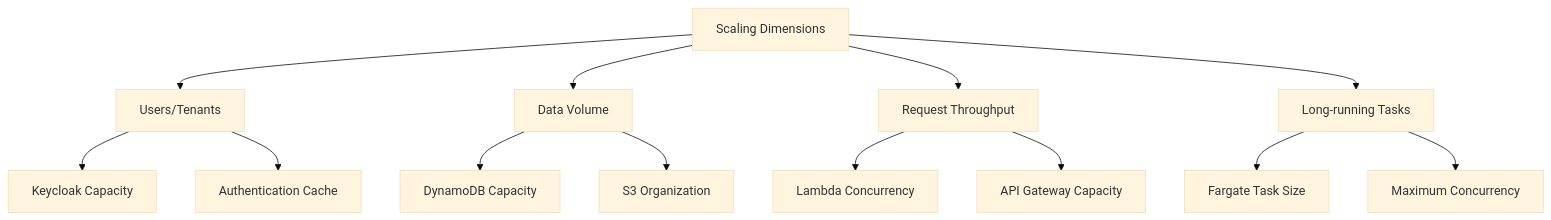
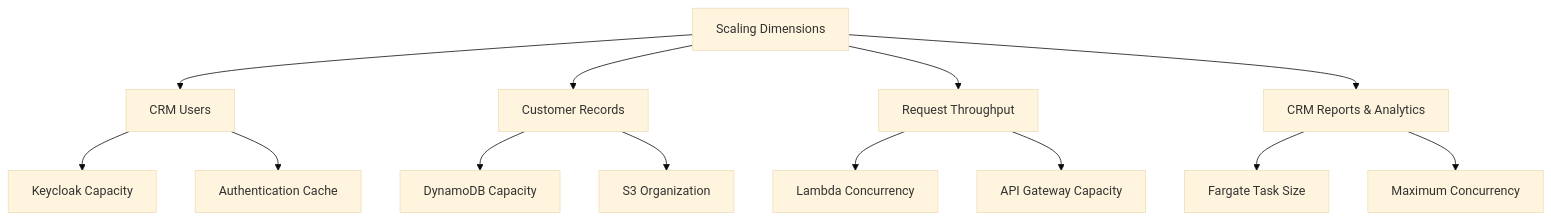
Before and after one commit to philkunz/fargate: the second of 12 diagrams in architecture/scaling.md, drawn with Mermaid (base theme). The commit also changed other lines of this file and 11 other files, not shown here.

Commit message:
feat(documentation): Revamp Zebros CRM serverless architecture documentation with updated diagrams, expanded API, authentication, long-running tasks, data storage, and scaling details

````diff
--- a/architecture/scaling.md
+++ b/architecture/scaling.md
@@ -29,19 +29,19 @@
 ```mermaid
 flowchart TD
-    Root[Scaling Dimensions] --> Users[Users/Tenants]
-    Root --> Data[Data Volume]
+    Root[Scaling Dimensions] --> Users[CRM Users]
+    Root --> Customers[Customer Records]
     Root --> Throughput[Request Throughput]
-    Root --> Tasks[Long-running Tasks]
+    Root --> Reports[CRM Reports & Analytics]
     
     Users --> Scale1[Keycloak Capacity]
     Users --> Scale2[Authentication Cache]
     
-    Data --> Scale3[DynamoDB Capacity]
-    Data --> Scale4[S3 Organization]
+    Customers --> Scale3[DynamoDB Capacity]
+    Customers --> Scale4[S3 Organization]
     
     Throughput --> Scale5[Lambda Concurrency]
     Throughput --> Scale6[API Gateway Capacity]
     
-    Tasks --> Scale7[Fargate Task Size]
-    Tasks --> Scale8[Maximum Concurrency]
+    Reports --> Scale7[Fargate Task Size]
+    Reports --> Scale8[Maximum Concurrency]
 ```
````
